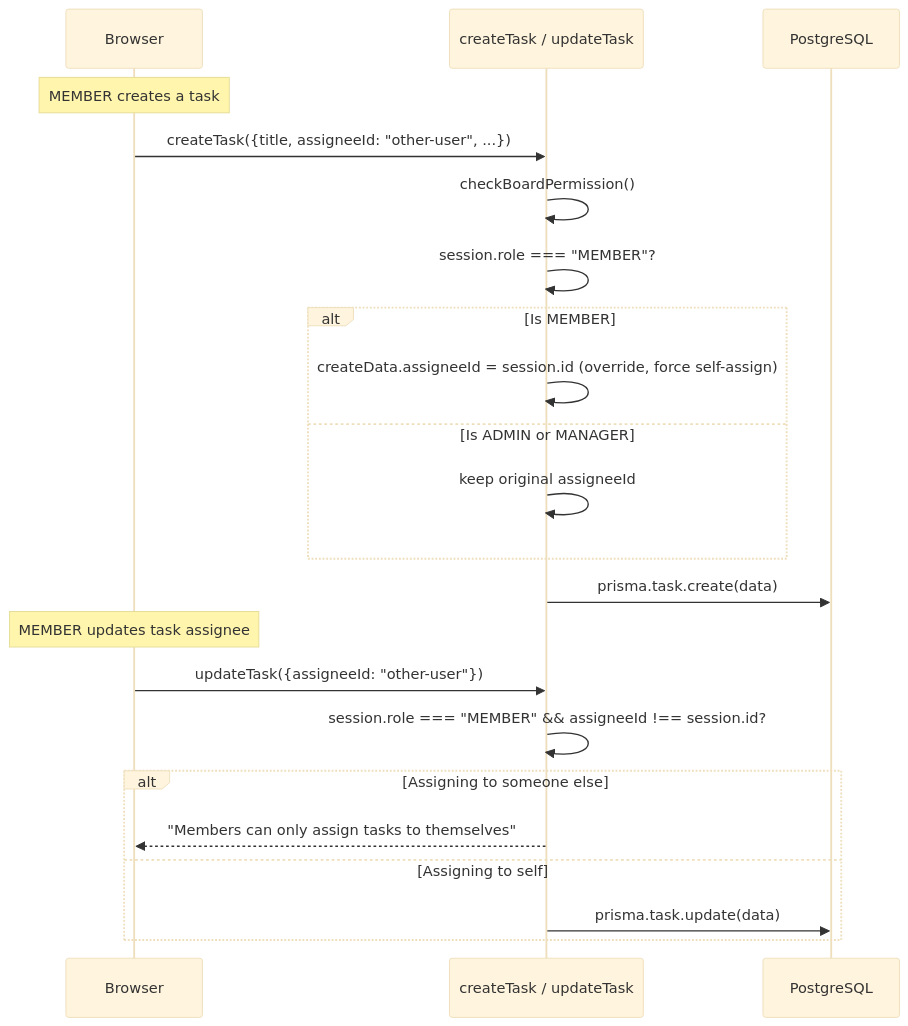
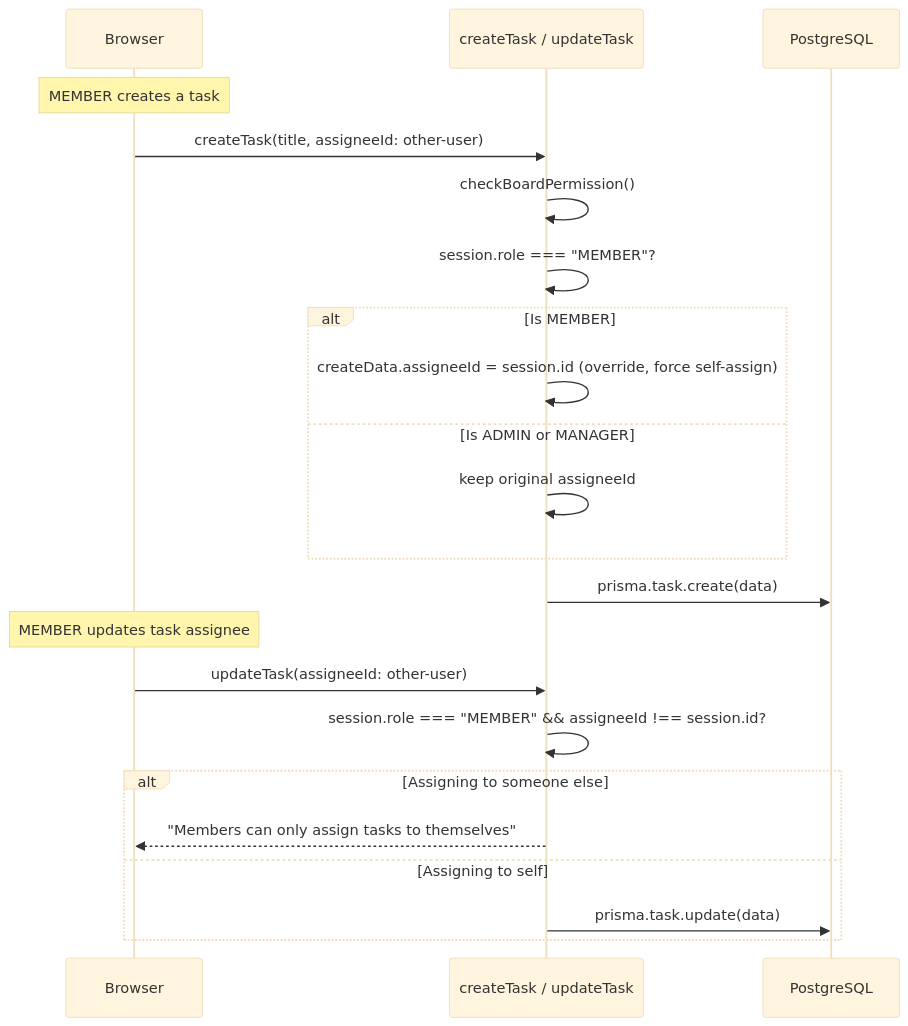
Before and after one commit to asefahmed500/Smart-Task-App_IIT_DU_Final_Project: the sixth of 7 diagrams in docs/03-rbac-and-permissions.md, drawn with Mermaid (base theme). The commit also changed other lines of this file and 9 other files, not shown here.

Commit message:
fix: update AGENTS.md with Vercel deployment notes and additional mermaid cleanups

````diff
--- a/docs/03-rbac-and-permissions.md
+++ b/docs/03-rbac-and-permissions.md
@@ -254,28 +254,28 @@
 ```mermaid
 sequenceDiagram
     participant Browser
     participant Action as createTask / updateTask
     participant DB as PostgreSQL
 
     Note over Browser: MEMBER creates a task
 
-    Browser->>Action: createTask({title, assigneeId: "other-user", ...})
+    Browser->>Action: createTask(title, assigneeId: other-user)
     Action->>Action: checkBoardPermission()
     Action->>Action: session.role === "MEMBER"?
     alt Is MEMBER
         Action->>Action: createData.assigneeId = session.id (override, force self-assign)
     else Is ADMIN or MANAGER
         Action->>Action: keep original assigneeId
     end
     Action->>DB: prisma.task.create(data)
 
     Note over Browser: MEMBER updates task assignee
 
-    Browser->>Action: updateTask({assigneeId: "other-user"})
+    Browser->>Action: updateTask(assigneeId: other-user)
     Action->>Action: session.role === "MEMBER" && assigneeId !== session.id?
     alt Assigning to someone else
         Action-->>Browser: "Members can only assign tasks to themselves"
     else Assigning to self
         Action->>DB: prisma.task.update(data)
     end
 ```
````
